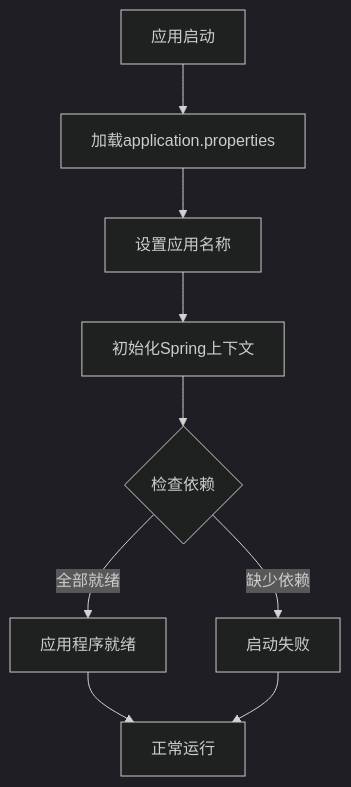
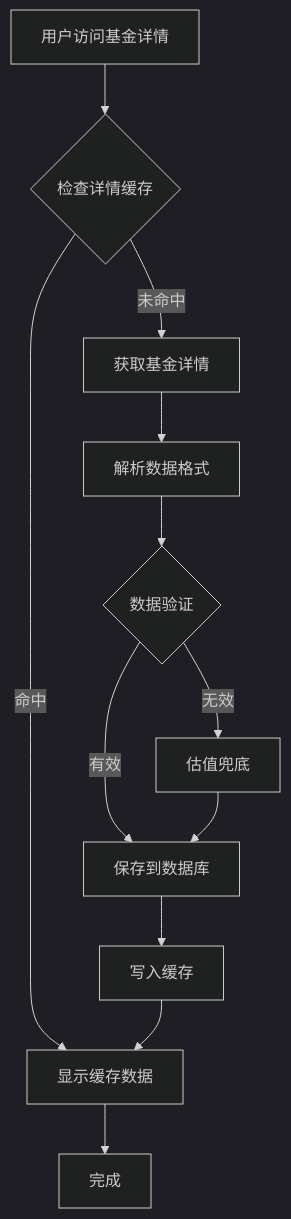
One commit to gree-coder/fund-butler changed the eighth of 8 diagrams in .qoder/repowiki/zh/content/项目概述.md. Above: the diagram before and after it, drawn with Mermaid (dark theme). The commit also changed other lines of this file and 10 other files, not shown here.

````diff
--- a/.qoder/repowiki/zh/content/项目概述.md
+++ b/.qoder/repowiki/zh/content/项目概述.md
@@ -294,11 +392,14 @@
 ```mermaid
 flowchart TD
-START[应用启动] --> LOAD_CONFIG[加载application.properties]
-LOAD_CONFIG --> SET_NAME[设置应用名称]
-SET_NAME --> INIT_CONTEXT[初始化Spring上下文]
-INIT_CONTEXT --> CHECK_DEPENDENCIES{检查依赖}
-CHECK_DEPENDENCIES --> |全部就绪| READY[应用程序就绪]
-CHECK_DEPENDENCIES --> |缺少依赖| ERROR[启动失败]
-READY --> END[正常运行]
-ERROR --> END
+START[用户访问基金详情] --> CHECK_CACHE{检查详情缓存}
+CHECK_CACHE --> |命中| SHOW_CACHE[显示缓存数据]
+CHECK_CACHE --> |未命中| FETCH_DETAIL[获取基金详情]
+FETCH_DETAIL --> PARSE_DATA[解析数据格式]
+PARSE_DATA --> VALIDATE_DATA{数据验证}
+VALIDATE_DATA --> |有效| SAVE_DB[保存到数据库]
+VALIDATE_DATA --> |无效| FALLBACK_ESTIMATE[估值兜底]
+FALLBACK_ESTIMATE --> SAVE_DB
+SAVE_DB --> WRITE_CACHE[写入缓存]
+WRITE_CACHE --> SHOW_CACHE
+SHOW_CACHE --> END[完成]
 ```
````
